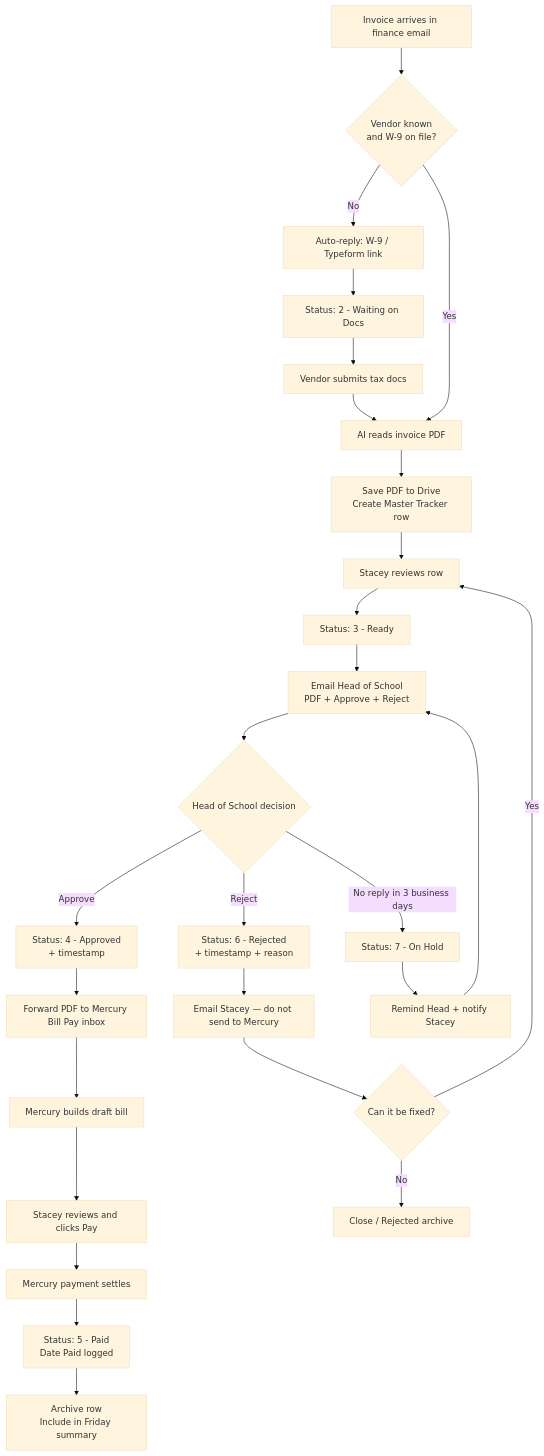
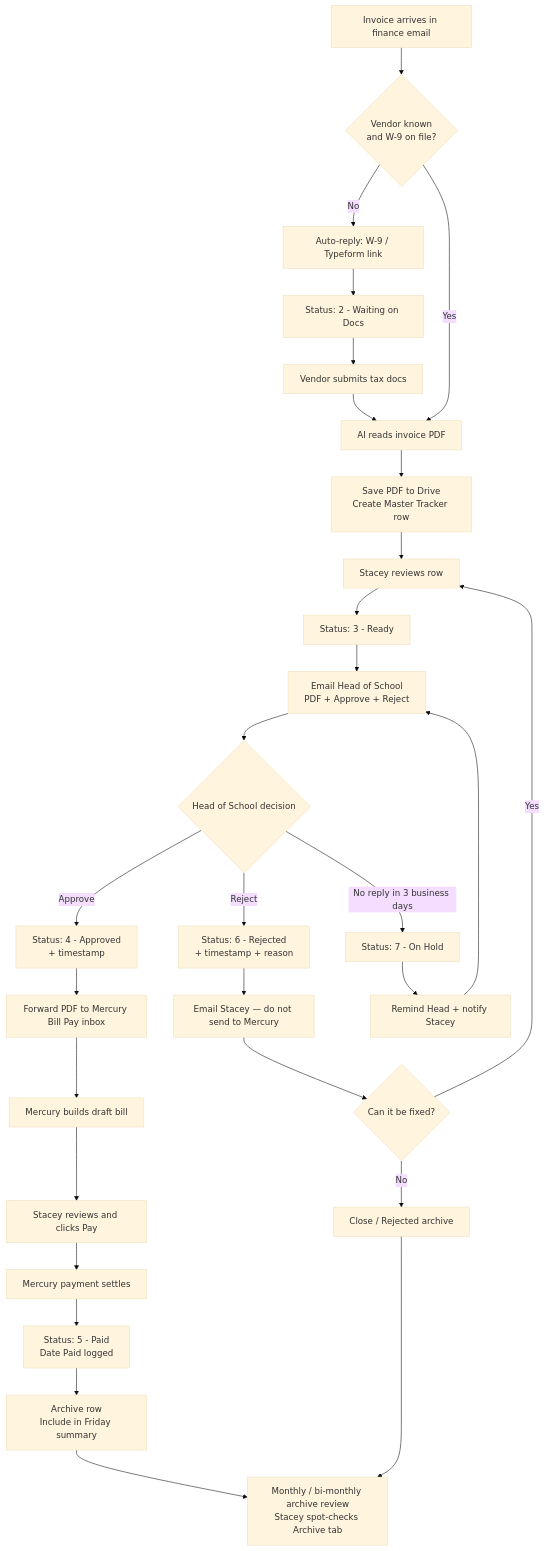
The diagram in docs/invoice-approval-workflow.md (TheChaosDirector/TheChaosDirector), drawn with Mermaid (base theme) before and after one commit. The commit also changed other lines of this file, not shown here.

First line of the commit message:
Add monthly/bi-monthly archive review to invoice workflow

````diff
--- a/docs/invoice-approval-workflow.md
+++ b/docs/invoice-approval-workflow.md
@@ -30,36 +105,38 @@
 ```mermaid
 flowchart TD
   A[Invoice arrives in finance email] --> B{Vendor known<br/>and W-9 on file?}
 
   B -->|No| C[Auto-reply: W-9 / Typeform link]
   C --> D[Status: 2 - Waiting on Docs]
   D --> E[Vendor submits tax docs]
   E --> F[AI reads invoice PDF]
 
   B -->|Yes| F
 
   F --> G[Save PDF to Drive<br/>Create Master Tracker row]
   G --> H[Stacey reviews row]
   H --> I[Status: 3 - Ready]
   I --> J[Email Head of School<br/>PDF + Approve + Reject]
 
   J --> K{Head of School decision}
 
   K -->|Approve| L[Status: 4 - Approved<br/>+ timestamp]
   L --> M[Forward PDF to Mercury Bill Pay inbox]
   M --> N[Mercury builds draft bill]
   N --> O[Stacey reviews and clicks Pay]
   O --> P[Mercury payment settles]
   P --> Q[Status: 5 - Paid<br/>Date Paid logged]
   Q --> R[Archive row<br/>Include in Friday summary]
+  R --> Y[Monthly / bi-monthly archive review<br/>Stacey spot-checks Archive tab]
 
   K -->|Reject| S[Status: 6 - Rejected<br/>+ timestamp + reason]
   S --> T[Email Stacey — do not send to Mercury]
   T --> U{Can it be fixed?}
   U -->|Yes| H
   U -->|No| V[Close / Rejected archive]
+  V --> Y
 
   K -->|No reply in 3 business days| W[Status: 7 - On Hold]
   W --> X[Remind Head + notify Stacey]
   X --> J
 ```
````
